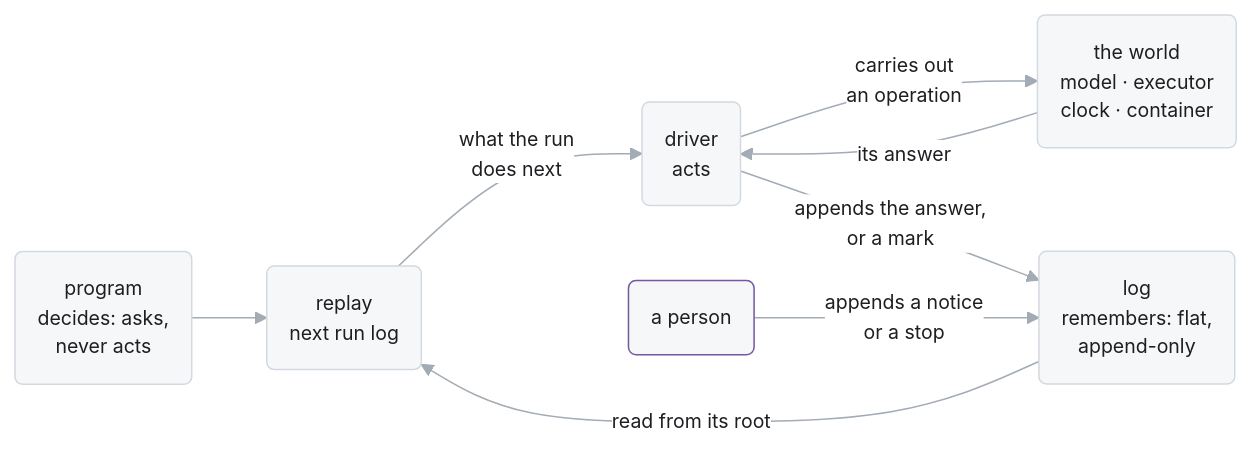
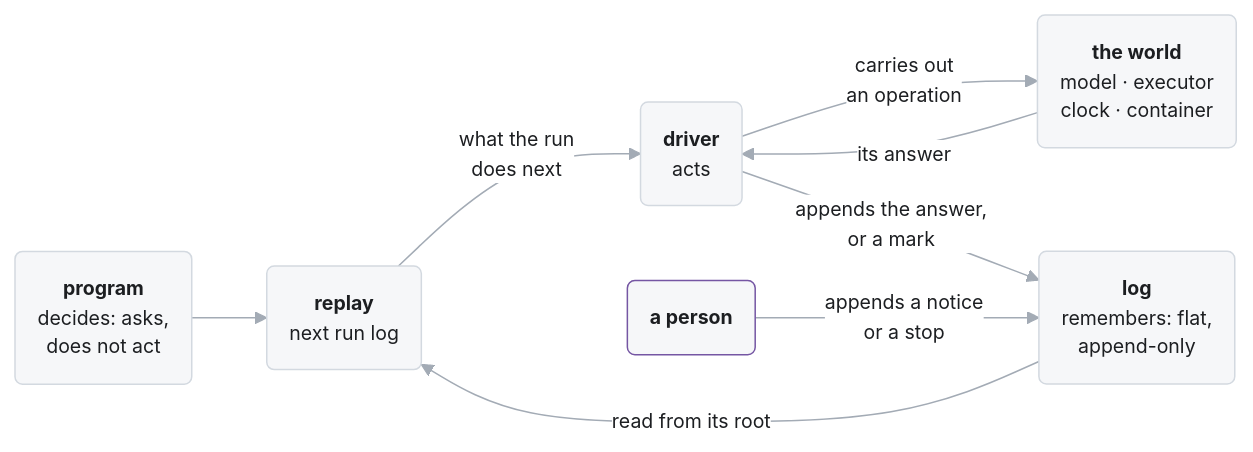
Before and after one commit to pku-xht/alaya: the first of 6 diagrams in docs/agent-api.md, drawn with Mermaid. The commit also changed other lines of this file, not shown here.

````diff
--- a/docs/agent-api.md
+++ b/docs/agent-api.md
@@ -12,21 +9,21 @@
 ```mermaid
 %%{init: {"theme": "base", "themeVariables": {"fontFamily": "BlinkMacSystemFont, Segoe UI, Helvetica, Arial", "fontSize": "13px", "primaryColor": "#f6f7f9", "primaryTextColor": "#1c1e21", "primaryBorderColor": "#d3d9e0", "lineColor": "#a3abb5", "textColor": "#6f7985", "edgeLabelBackground": "#ffffff", "clusterBkg": "#fafbfc", "clusterBorder": "#e3e6ea"}}}%%
 flowchart LR
   classDef notice stroke:#7556a3
 
-  program("program<br/>decides: asks,<br/>never acts")
-  log("log<br/>remembers: flat,<br/>append-only")
-  replay("replay<br/>next run log")
-  driver("driver<br/>acts")
-  world("the world<br/>model · executor<br/>clock · container")
-  person("a person"):::notice
+  program("<b>program</b><br/>decides: asks,<br/>does not act")
+  log("<b>log</b><br/>remembers: flat,<br/>append-only")
+  replay("<b>replay</b><br/>next run log")
+  driver("<b>driver</b><br/>acts")
+  world("<b>the world</b><br/>model · executor<br/>clock · container")
+  person("<b>a person</b>"):::notice
 
   program --> replay
   log -- "read from its root" --> replay
   replay -- "what the run<br/>does next" --> driver
   driver -- "carries out<br/>an operation" --> world
   world -- "its answer" --> driver
   driver -- "appends the answer,<br/>or a mark" --> log
   person -- "appends a notice<br/>or a stop" --> log
   linkStyle default stroke-width:1px
 ```
````
